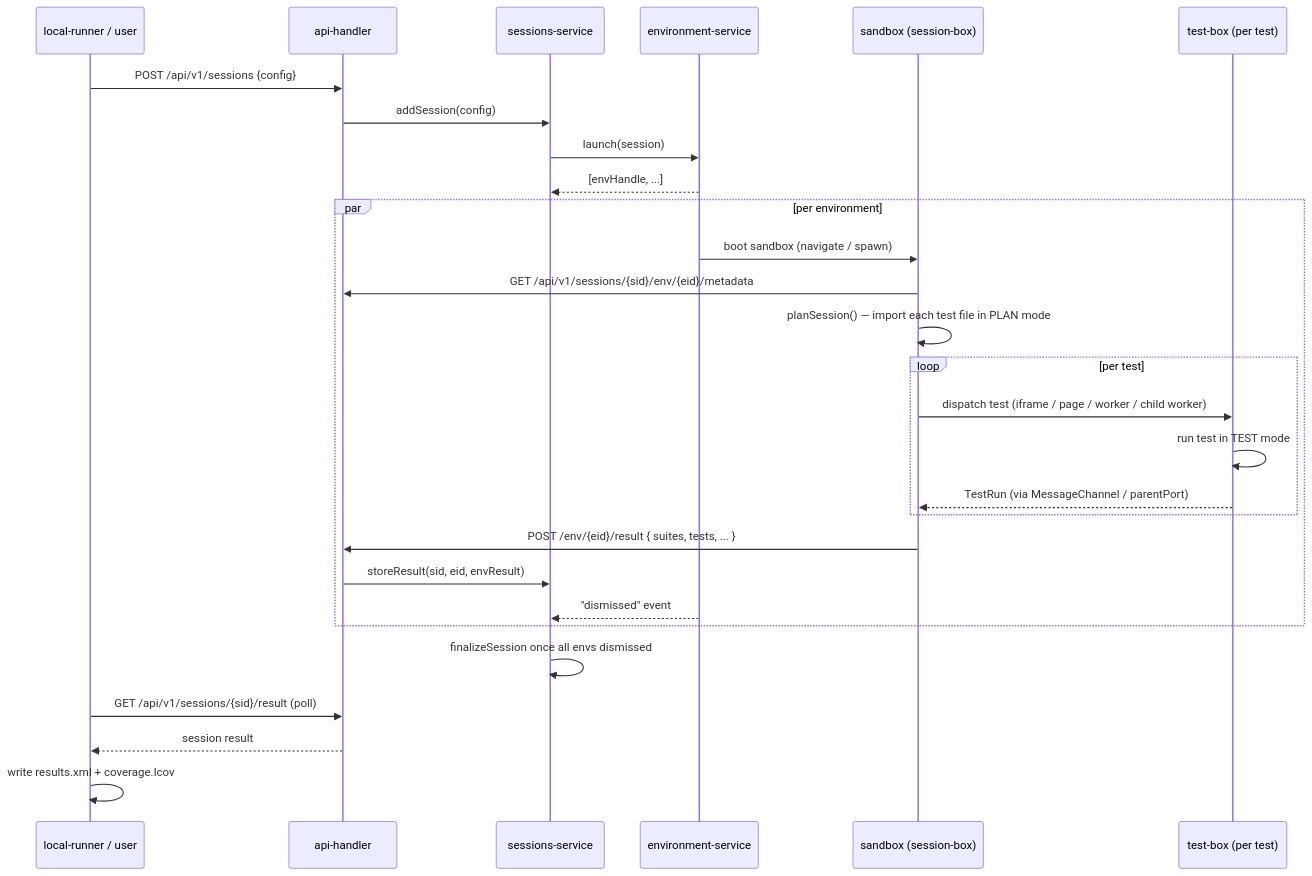
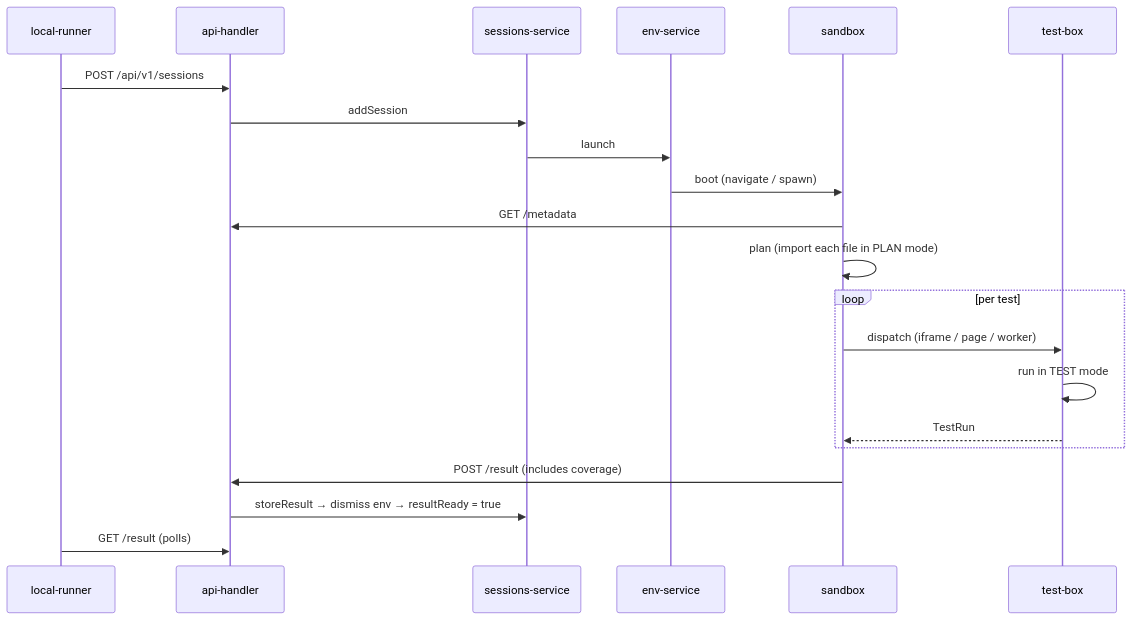
Before and after one commit to gullerya/just-test: the second of 2 diagrams in docs/architecture.md, drawn with Mermaid. The commit also changed other lines of this file and 192 other files, not shown here.

````diff
--- a/docs/architecture.md
+++ b/docs/architecture.md
@@ -166,31 +51,24 @@
 ```mermaid
 sequenceDiagram
-	participant CLI as local-runner / user
+	participant CLI as local-runner
 	participant API as api-handler
 	participant SES as sessions-service
-	participant ENV as environment-service
-	participant SB as sandbox (session-box)
-	participant TB as test-box (per test)
+	participant ENV as env-service
+	participant SB as sandbox
+	participant TB as test-box
 
-	CLI->>API: POST /api/v1/sessions {config}
-	API->>SES: addSession(config)
-	SES->>ENV: launch(session)
-	ENV-->>SES: [envHandle, ...]
-	par per environment
-		ENV->>SB: boot sandbox (navigate / spawn)
-		SB->>API: GET /api/v1/sessions/{sid}/env/{eid}/metadata
-		SB->>SB: planSession() — import each test file in PLAN mode
-		loop per test
-			SB->>TB: dispatch test (iframe / page / worker / child worker)
-			TB->>TB: run test in TEST mode
-			TB-->>SB: TestRun (via MessageChannel / parentPort)
-		end
-		SB->>API: POST /env/{eid}/result { suites, tests, ... }
-		API->>SES: storeResult(sid, eid, envResult)
-		ENV-->>SES: "dismissed" event
+	CLI->>API: POST /api/v1/sessions
+	API->>SES: addSession
+	SES->>ENV: launch
+	ENV->>SB: boot (navigate / spawn)
+	SB->>API: GET /metadata
+	SB->>SB: plan (import each file in PLAN mode)
+	loop per test
+		SB->>TB: dispatch (iframe / page / worker)
+		TB->>TB: run in TEST mode
+		TB-->>SB: TestRun
 	end
-	SES->>SES: finalizeSession once all envs dismissed
-	CLI->>API: GET /api/v1/sessions/{sid}/result (poll)
-	API-->>CLI: session result
-	CLI->>CLI: write results.xml + coverage.lcov
+	SB->>API: POST /result (includes coverage)
+	API->>SES: storeResult → dismiss env → resultReady = true
+	CLI->>API: GET /result (polls)
 ```
````
